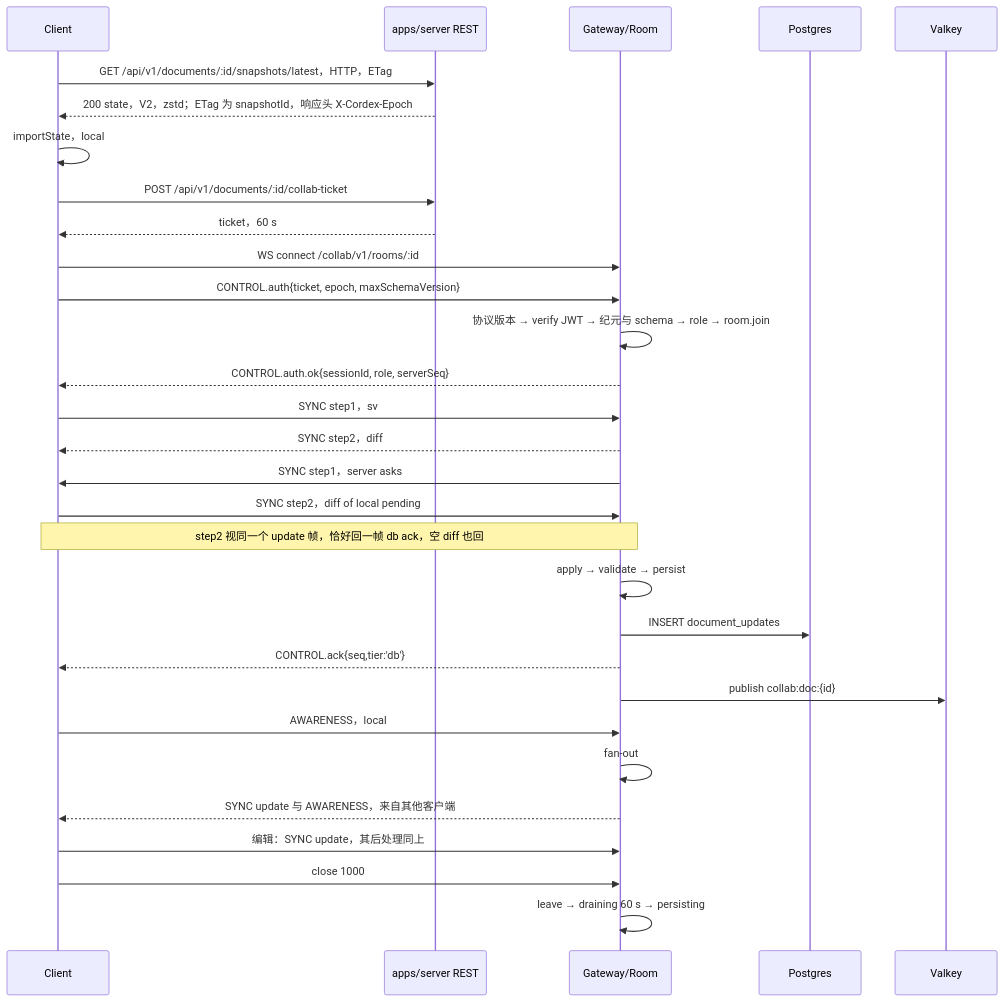
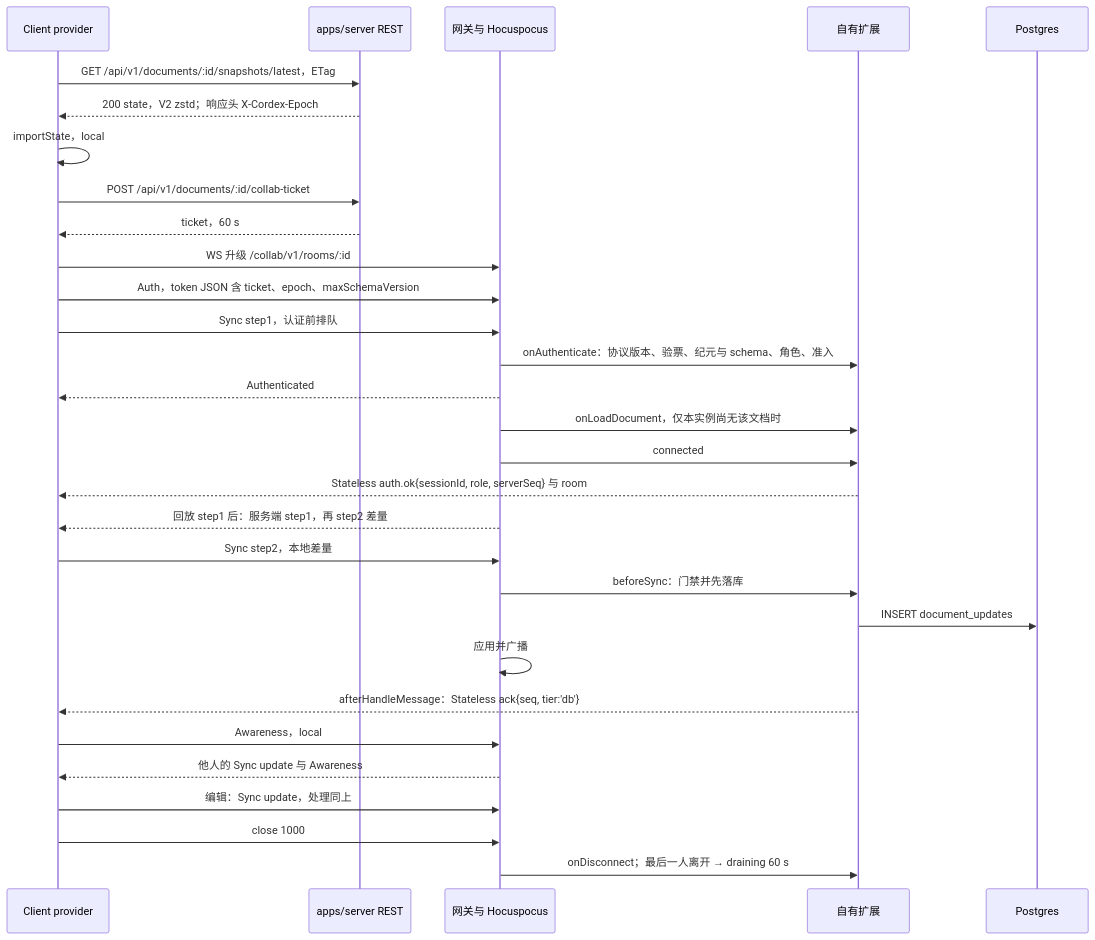
Before and after one commit to Xeonice/cordis-ppt-editor: the sixth of 15 diagrams in docs/30-architecture/06-collaboration.md, drawn with Mermaid. The commit also changed other lines of this file and 78 other files, not shown here.

````diff
--- a/docs/30-architecture/06-collaboration.md
+++ b/docs/30-architecture/06-collaboration.md
@@ -568,32 +556,32 @@
 ```mermaid
 sequenceDiagram
-  participant C as Client
+  participant C as Client provider
   participant API as apps/server REST
-  participant G as Gateway/Room
+  participant G as 网关与 Hocuspocus
+  participant X as 自有扩展
   participant PG as Postgres
-  participant VK as Valkey
-  C->>API: GET /api/v1/documents/:id/snapshots/latest，HTTP，ETag
-  API-->>C: 200 state，V2，zstd；ETag 为 snapshotId，响应头 X-Cordex-Epoch
+  C->>API: GET /api/v1/documents/:id/snapshots/latest，ETag
+  API-->>C: 200 state，V2 zstd；响应头 X-Cordex-Epoch
   C->>C: importState，local
   C->>API: POST /api/v1/documents/:id/collab-ticket
   API-->>C: ticket，60 s
-  C->>G: WS connect /collab/v1/rooms/:id
-  C->>G: CONTROL.auth{ticket, epoch, maxSchemaVersion}
-  G->>G: 协议版本 → verify JWT → 纪元与 schema → role → room.join
-  G-->>C: CONTROL.auth.ok{sessionId, role, serverSeq}
-  C->>G: SYNC step1，sv
-  G-->>C: SYNC step2，diff
-  G->>C: SYNC step1，server asks
-  C->>G: SYNC step2，diff of local pending
-  Note over C,G: step2 视同一个 update 帧，恰好回一帧 db ack，空 diff 也回
-  G->>G: apply → validate → persist
-  G->>PG: INSERT document_updates
-  G-->>C: CONTROL.ack{seq,tier:'db'}
-  G->>VK: publish collab:doc:{id}
-  C->>G: AWARENESS，local
-  G->>G: fan-out
-  G-->>C: SYNC update 与 AWARENESS，来自其他客户端
-  C->>G: 编辑：SYNC update，其后处理同上
+  C->>G: WS 升级 /collab/v1/rooms/:id
+  C->>G: Auth，token JSON 含 ticket、epoch、maxSchemaVersion
+  C->>G: Sync step1，认证前排队
+  G->>X: onAuthenticate：协议版本、验票、纪元与 schema、角色、准入
+  G-->>C: Authenticated
+  G->>X: onLoadDocument，仅本实例尚无该文档时
+  G->>X: connected
+  X-->>C: Stateless auth.ok{sessionId, role, serverSeq} 与 room
+  G-->>C: 回放 step1 后：服务端 step1，再 step2 差量
+  C->>G: Sync step2，本地差量
+  G->>X: beforeSync：门禁并先落库
+  X->>PG: INSERT document_updates
+  G->>G: 应用并广播
+  X-->>C: afterHandleMessage：Stateless ack{seq, tier:'db'}
+  C->>G: Awareness，local
+  G-->>C: 他人的 Sync update 与 Awareness
+  C->>G: 编辑：Sync update，处理同上
   C->>G: close 1000
-  G->>G: leave → draining 60 s → persisting
+  G->>X: onDisconnect；最后一人离开 → draining 60 s
 ```
````
